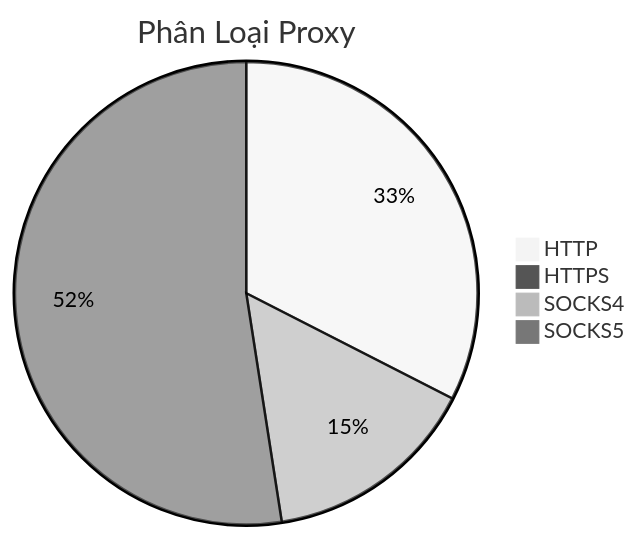
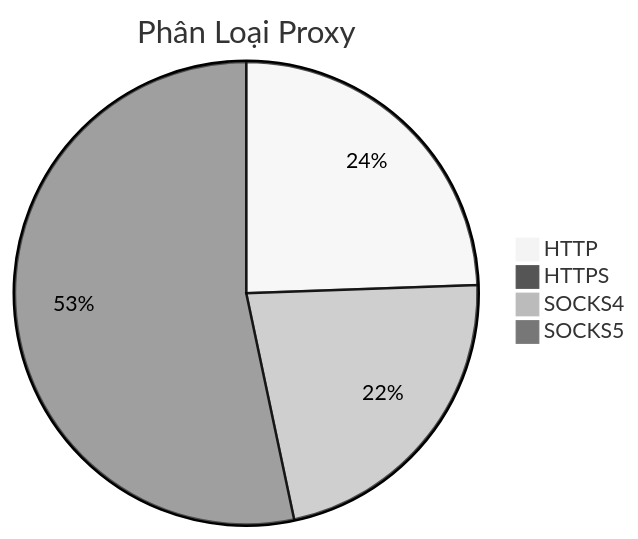
One commit to Ciara-12/PROXY-free changed the diagram in README.md. Above: the diagram before and after it, drawn with Mermaid (neutral theme). The commit also changed other lines of this file and 3 other files, not shown here.

````diff
--- a/README.md
+++ b/README.md
@@ -26,7 +26,7 @@
 ```mermaid
 pie title Phân Loại Proxy
-    "HTTP" : 649
+    "HTTP" : 434
     "HTTPS" : 0
-    "SOCKS4" : 300
-    "SOCKS5" : 1047
+    "SOCKS4" : 395
+    "SOCKS5" : 947
 ```
````
